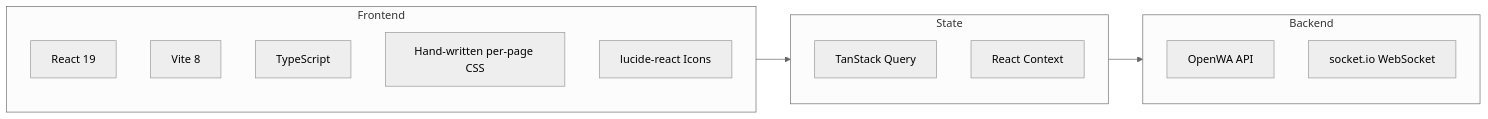
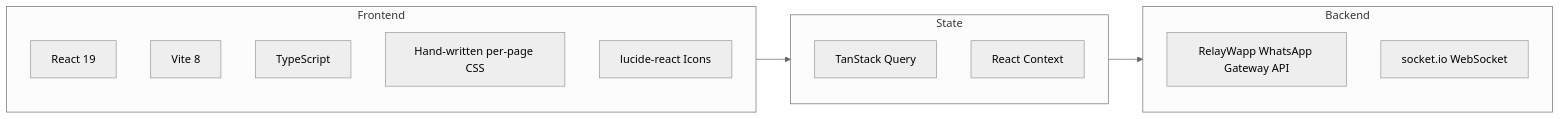
The first of 2 diagrams in docs/17-dashboard-design.md (FaisalKabirGalib/whitelabel-whatsapp-gateway), drawn with Mermaid (neutral theme) before and after one commit. The commit also changed other lines of this file and 51 other files, not shown here.

Commit message:
docs: rebrand documentation for RelayWapp

````diff
--- a/docs/17-dashboard-design.md
+++ b/docs/17-dashboard-design.md
@@ -9,23 +9,23 @@
 ```mermaid
 flowchart LR
     subgraph Frontend
         REACT[React 19]
         VITE[Vite 8]
         TS[TypeScript]
         CSS[Hand-written per-page CSS]
         LUCIDE[lucide-react Icons]
     end
 
     subgraph State
         TANSTACK[TanStack Query]
         CTX[React Context]
     end
 
     subgraph Backend
-        API[OpenWA API]
+        API[RelayWapp WhatsApp Gateway API]
         WS[socket.io WebSocket]
     end
 
     Frontend --> State
     State --> Backend
 ```
````
